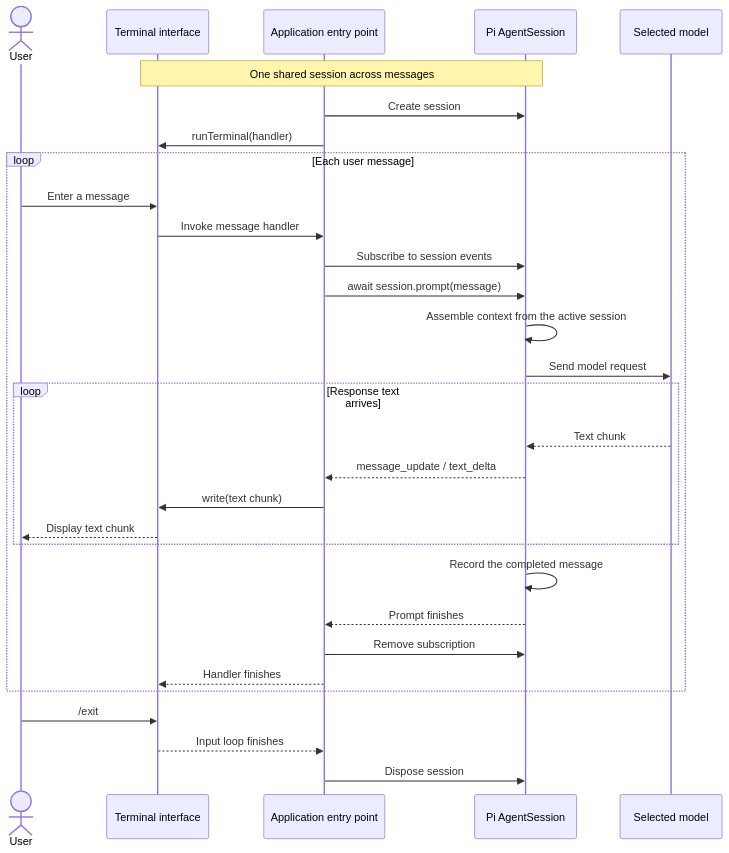
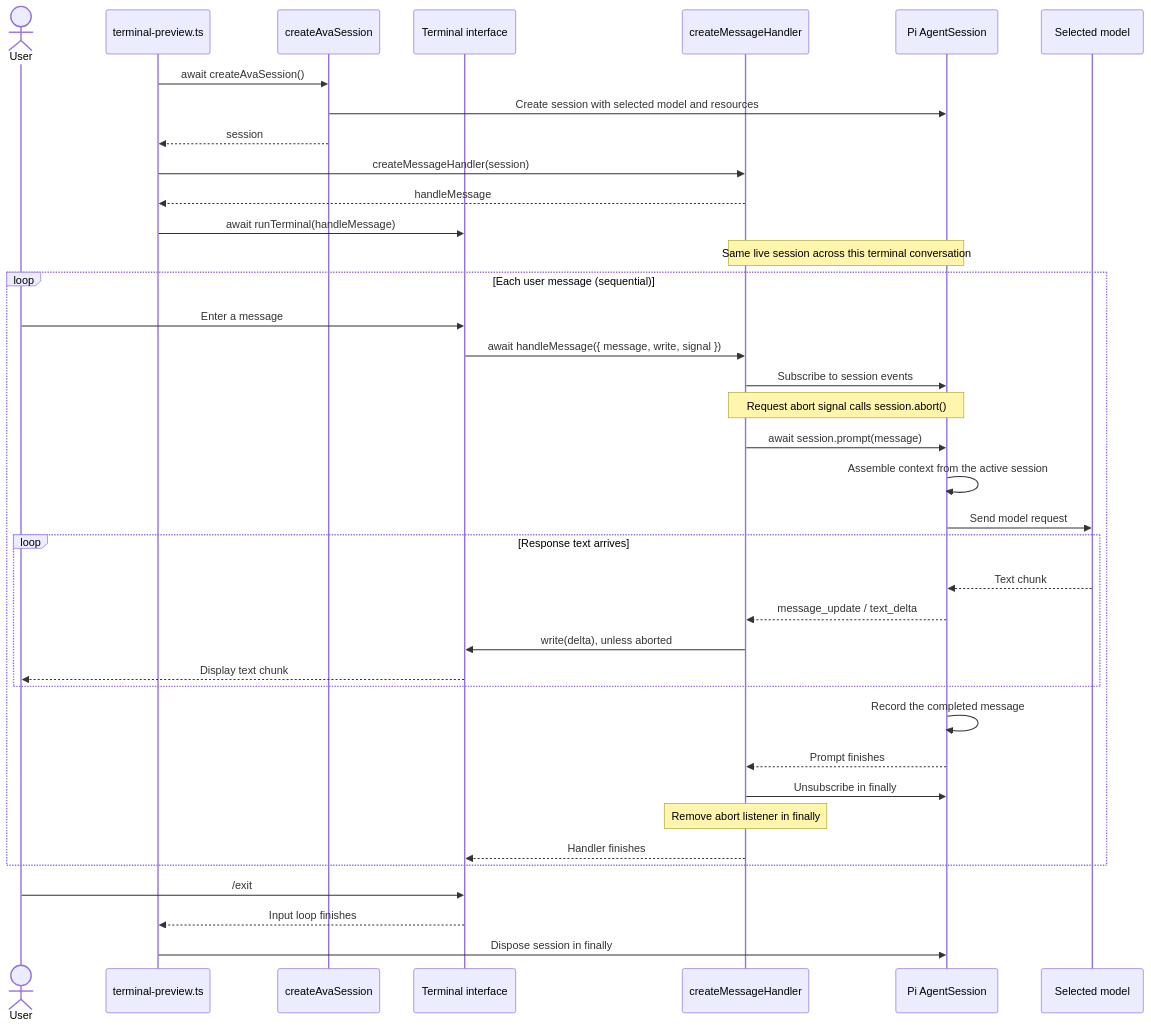
One commit to fjeansilva/ava-personal-assistant changed the fourth of 6 diagrams in ARCHITECTURE.md. Above: the diagram before and after it, drawn with Mermaid. The commit also changed other lines of this file and 3 other files, not shown here.

First line of the commit message:
docs: document extracted message handler and Telegram plan progress

````diff
--- a/ARCHITECTURE.md
+++ b/ARCHITECTURE.md
@@ -64,32 +88,40 @@
 ```mermaid
 sequenceDiagram
     actor User
+    participant App as terminal-preview.ts
+    participant Factory as createAvaSession
     participant Terminal as Terminal interface
-    participant App as Application entry point
+    participant Handler as createMessageHandler
     participant Pi as Pi AgentSession
     participant Model as Selected model
-    Note over Terminal,Pi: One shared session across messages
-    App->>Pi: Create session
-    App->>Terminal: runTerminal(handler)
-    loop Each user message
+    App->>Factory: await createAvaSession()
+    Factory->>Pi: Create session with selected model and resources
+    Factory-->>App: session
+    App->>Handler: createMessageHandler(session)
+    Handler-->>App: handleMessage
+    App->>Terminal: await runTerminal(handleMessage)
+    Note over Handler,Pi: Same live session across this terminal conversation
+    loop Each user message (sequential)
         User->>Terminal: Enter a message
-        Terminal->>App: Invoke message handler
-        App->>Pi: Subscribe to session events
-        App->>Pi: await session.prompt(message)
+        Terminal->>Handler: await handleMessage({ message, write, signal })
+        Handler->>Pi: Subscribe to session events
+        Note over Handler,Pi: Request abort signal calls session.abort()
+        Handler->>Pi: await session.prompt(message)
         Pi->>Pi: Assemble context from the active session
         Pi->>Model: Send model request
         loop Response text arrives
             Model-->>Pi: Text chunk
-            Pi-->>App: message_update / text_delta
-            App->>Terminal: write(text chunk)
+            Pi-->>Handler: message_update / text_delta
+            Handler->>Terminal: write(delta), unless aborted
             Terminal-->>User: Display text chunk
         end
         Pi->>Pi: Record the completed message
-        Pi-->>App: Prompt finishes
-        App->>Pi: Remove subscription
-        App-->>Terminal: Handler finishes
+        Pi-->>Handler: Prompt finishes
+        Handler->>Pi: Unsubscribe in finally
+        Note over Handler: Remove abort listener in finally
+        Handler-->>Terminal: Handler finishes
     end
     User->>Terminal: /exit
     Terminal-->>App: Input loop finishes
-    App->>Pi: Dispose session
+    App->>Pi: Dispose session in finally
 ```
````
